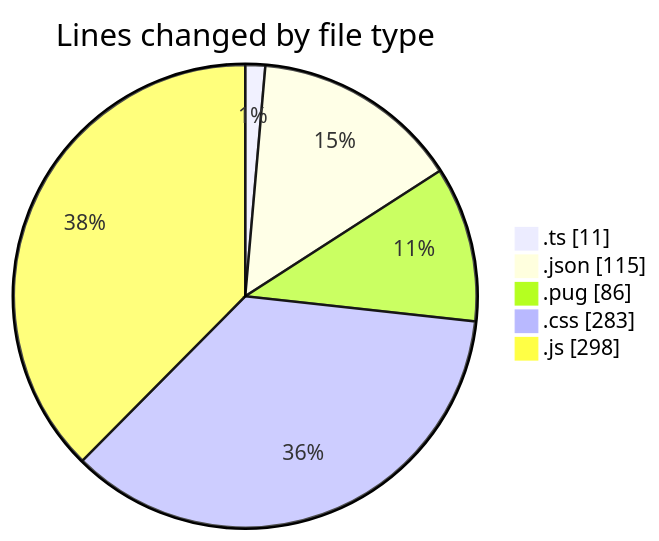
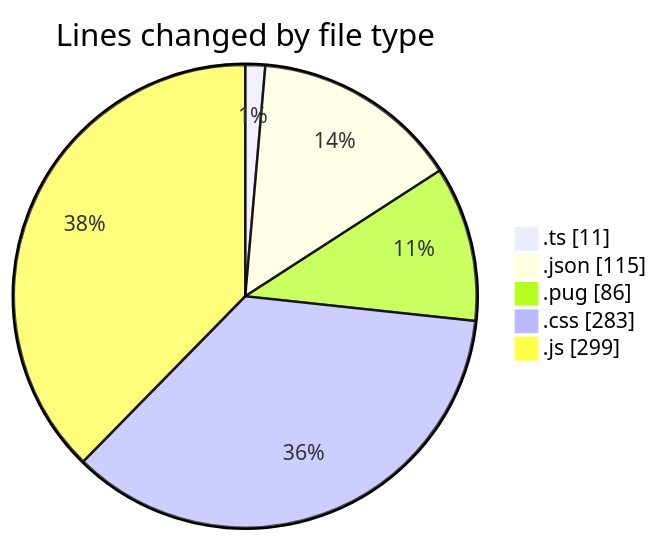
The first of 2 diagrams in 2025-02-24/cda/README.md (momahboobian/code-tracking), drawn with Mermaid before and after one commit. The commit also changed other lines of this file and 1 other file, not shown here.

````diff
--- a/2025-02-24/cda/README.md
+++ b/2025-02-24/cda/README.md
@@ -31,9 +31,9 @@
 ```mermaid
 pie showData
 title Lines changed by file type
 ".ts" : 11
 ".json" : 115
 ".pug" : 86
 ".css" : 283
-".js" : 298
+".js" : 299
 ```
````
